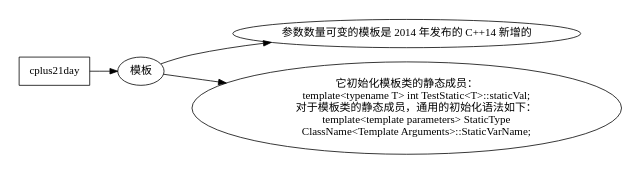
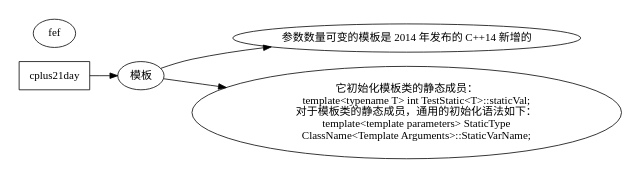
One commit to gogofar/learnc changed the diagram in note_c++21.dot. Above: the diagram before and after it, drawn with Graphviz.

```diff
--- a/note_c++21.dot
+++ b/note_c++21.dot
@@ -1,15 +1,15 @@
 digraph cplus21day{
         size = "4,4";
         edge [fontname="simsun"];
         node [fontname="simsun"];
         rankdir=LR;
         cplus21day[shape=box];
         cplus21day ->"模板";
         "模板"->"参数数量可变的模板是 2014 年发布的 C++14 新增的";
         "模板"->"它初始化模板类的静态成员：
         template<typename T> int TestStatic<T>::staticVal;
         对于模板类的静态成员，通用的初始化语法如下：
         template<template parameters> StaticType
         ClassName<Template Arguments>::StaticVarName;"
-
+        "fef";
 }
```
